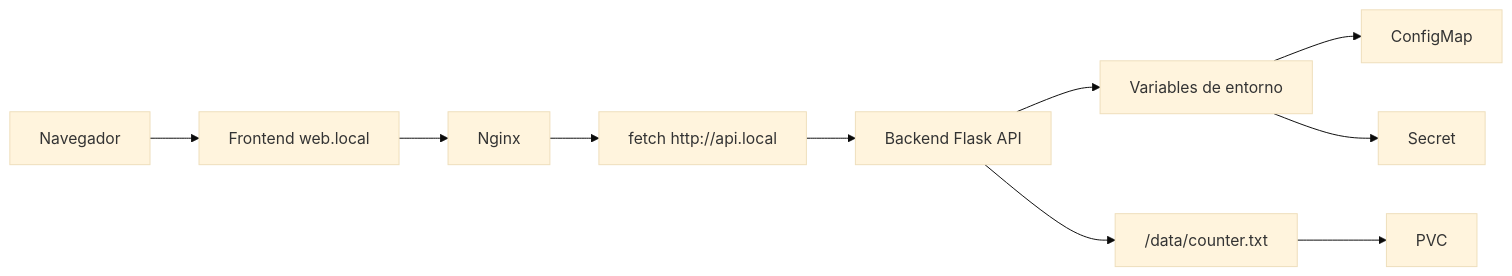
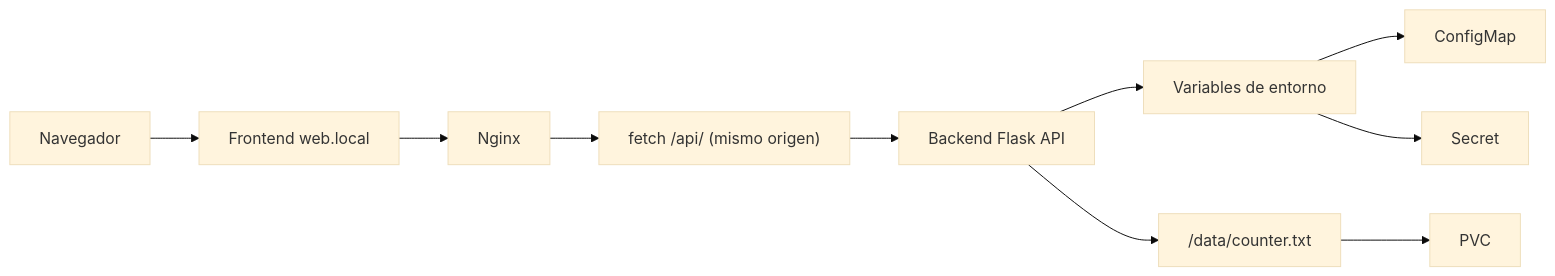
The second of 4 diagrams in README.md (oscarHidalgo93/devops-project), drawn with Mermaid (base theme) before and after one commit. The commit also changed other lines of this file and 1 other file, not shown here.

Commit message:
docs: dominio único con la API bajo /api, en ambos idiomas

````diff
--- a/README.md
+++ b/README.md
@@ -93,12 +93,12 @@
 ```mermaid
 flowchart LR
     Browser[Navegador] --> Web["Frontend web.local"]
     Web --> Nginx["Nginx"]
-    Nginx --> ApiCall["fetch http://api.local"]
+    Nginx --> ApiCall["fetch /api/ (mismo origen)"]
     ApiCall --> Flask["Backend Flask API"]
     Flask --> Env["Variables de entorno"]
     Env --> CM["ConfigMap"]
     Env --> Sec["Secret"]
     Flask --> Data["/data/counter.txt"]
     Data --> PVC["PVC"]
 ```
````
